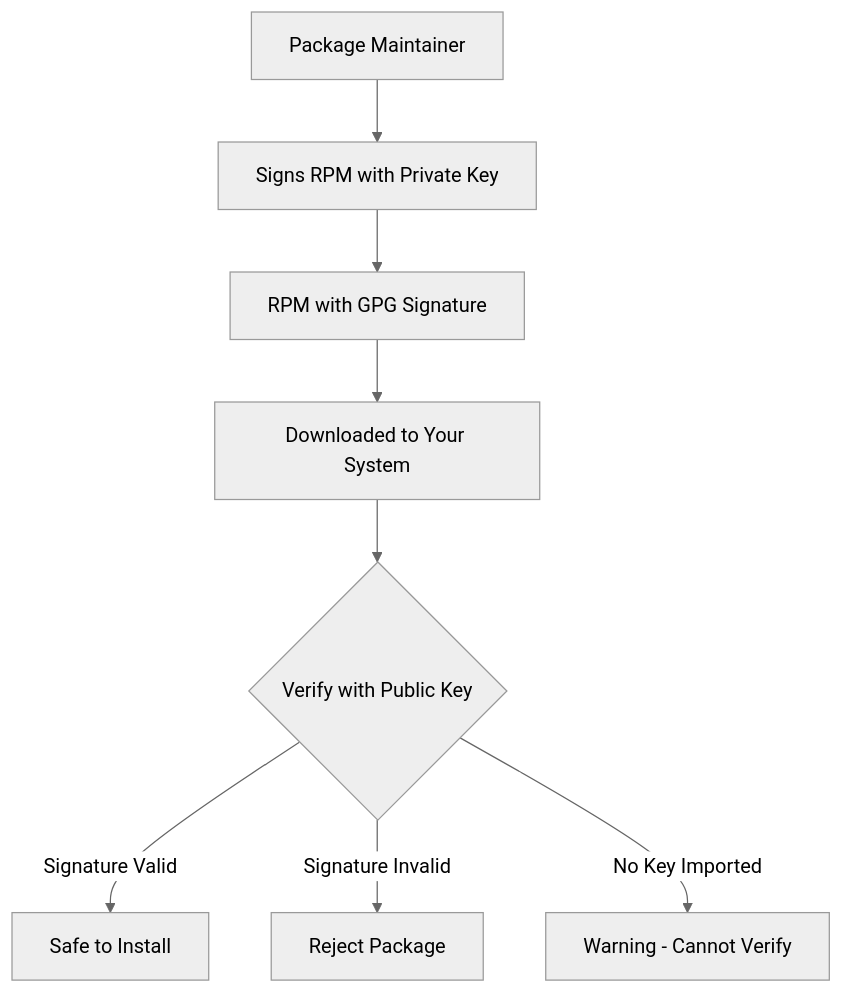
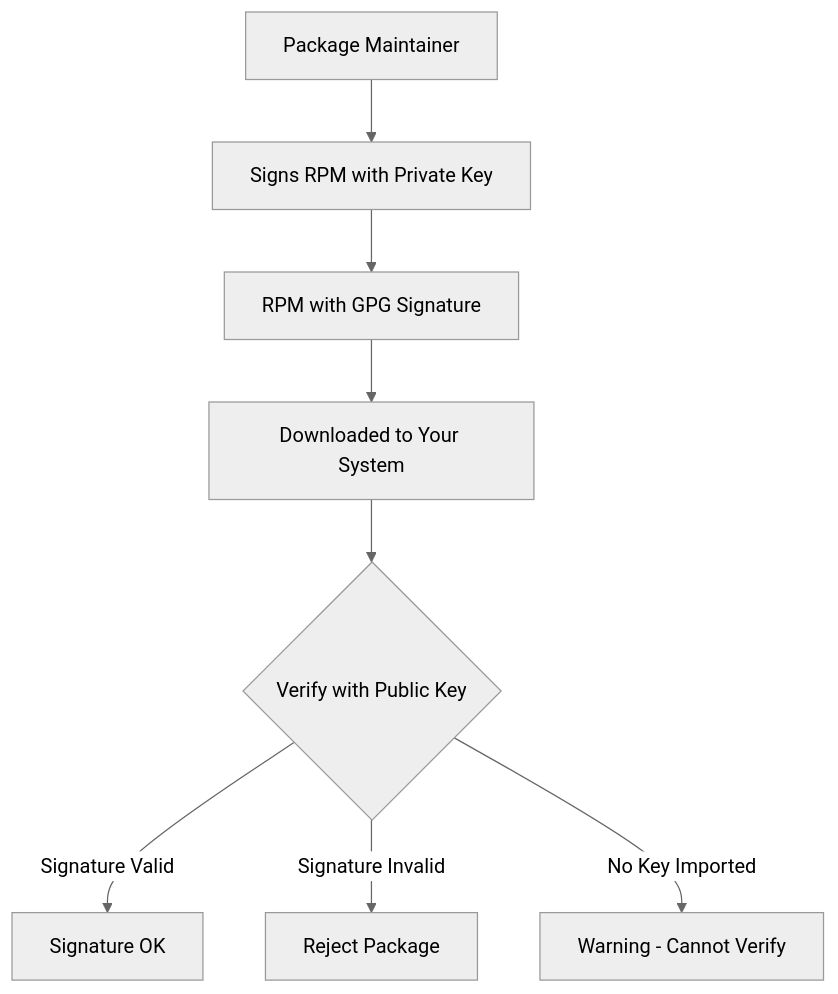
Before and after one commit to OneUptime/blog: the first of 2 diagrams in posts/2026-03-04-verify-package-integrity-gpg-signatures-rhel-9/README.md, drawn with Mermaid (neutral theme). The commit also changed other lines of this file and 2 other files, not shown here.

````diff
--- a/posts/2026-03-04-verify-package-integrity-gpg-signatures-rhel-9/README.md
+++ b/posts/2026-03-04-verify-package-integrity-gpg-signatures-rhel-9/README.md
@@ -17,10 +17,10 @@
 ```mermaid
 flowchart TD
     A[Package Maintainer] --> B[Signs RPM with Private Key]
     B --> C[RPM with GPG Signature]
     C --> D[Downloaded to Your System]
     D --> E{Verify with Public Key}
-    E -->|Signature Valid| F[Safe to Install]
+    E -->|Signature Valid| F[Signature OK]
     E -->|Signature Invalid| G[Reject Package]
     E -->|No Key Imported| H[Warning - Cannot Verify]
 ```
````
